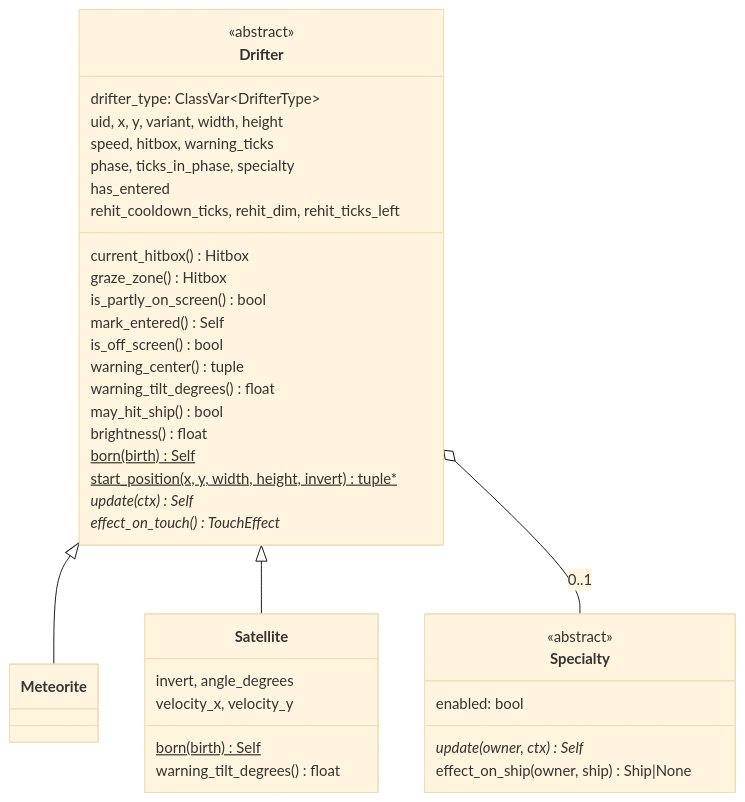
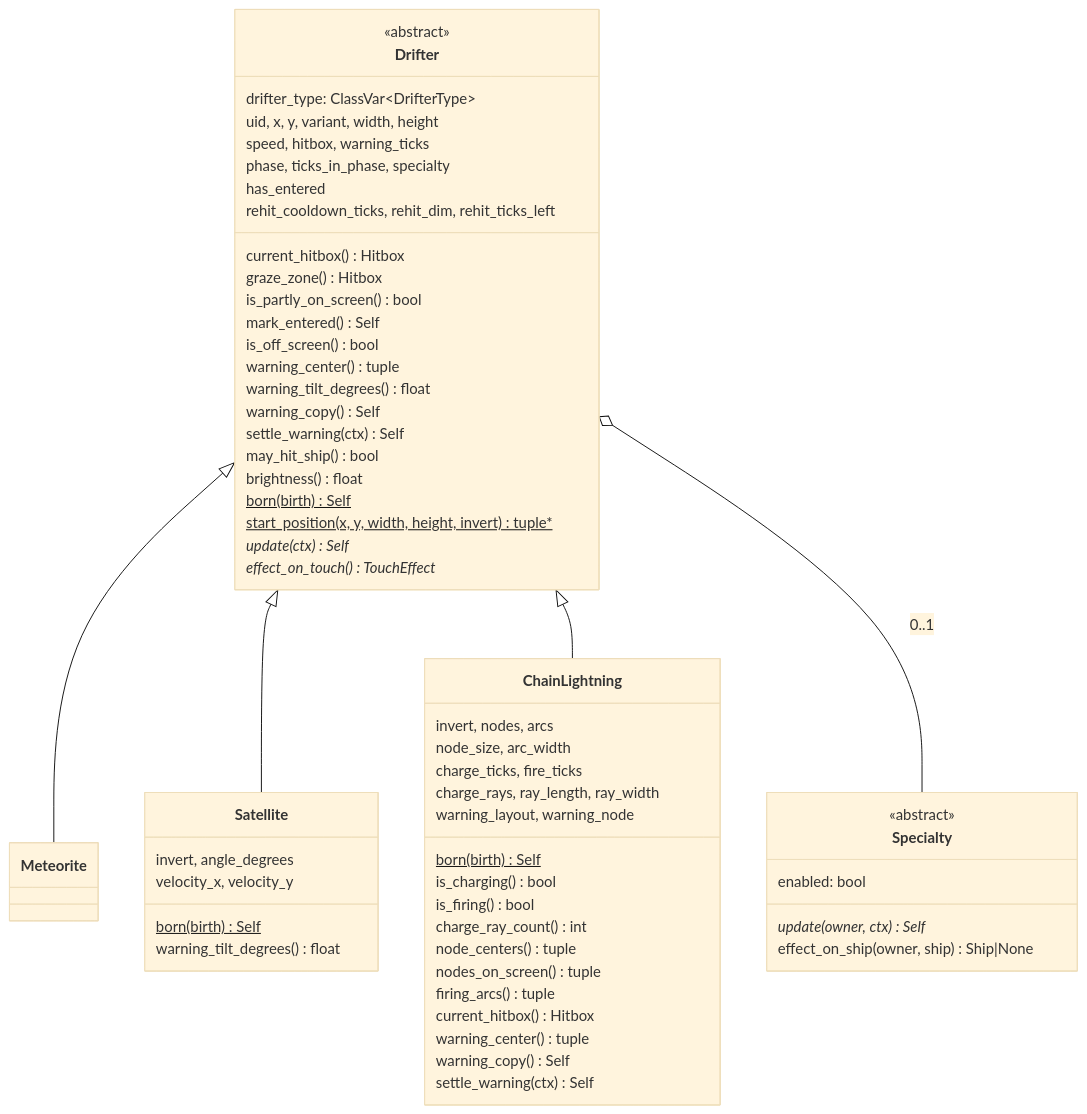
One commit to david-mntl/driftward-ace changed the first of 6 diagrams in docs/contracts/systems/drifters.md. Above: the diagram before and after it, drawn with Mermaid (base theme). The commit also changed other lines of this file and 14 other files, not shown here.

Commit message:
docs(contracts): add line shape and chain lightning specs, schemas and DRA-47 tasks

````diff
--- a/docs/contracts/systems/drifters.md
+++ b/docs/contracts/systems/drifters.md
@@ -29,41 +32,62 @@
 ```mermaid
 classDiagram
   class Drifter {
     <<abstract>>
     drifter_type: ClassVar~DrifterType~
     uid, x, y, variant, width, height
     speed, hitbox, warning_ticks
     phase, ticks_in_phase, specialty
     has_entered
     rehit_cooldown_ticks, rehit_dim, rehit_ticks_left
     current_hitbox() Hitbox
     graze_zone() Hitbox
     is_partly_on_screen() bool
     mark_entered() Self
     is_off_screen() bool
     warning_center() tuple
     warning_tilt_degrees() float
+    warning_copy() Self
+    settle_warning(ctx) Self
     may_hit_ship() bool
     brightness() float
     born(birth)$ Self
     start_position(x, y, width, height, invert)$ tuple*
     update(ctx) Self*
     effect_on_touch() TouchEffect*
   }
   class Specialty {
     <<abstract>>
     enabled: bool
     update(owner, ctx) Self*
     effect_on_ship(owner, ship) Ship|None
   }
   class Meteorite
   class Satellite {
     invert, angle_degrees
     velocity_x, velocity_y
     born(birth)$ Self
     warning_tilt_degrees() float
   }
+  class ChainLightning {
+    invert, nodes, arcs
+    node_size, arc_width
+    charge_ticks, fire_ticks
+    charge_rays, ray_length, ray_width
+    warning_layout, warning_node
+    born(birth)$ Self
+    is_charging() bool
+    is_firing() bool
+    charge_ray_count() int
+    node_centers() tuple
+    nodes_on_screen() tuple
+    firing_arcs() tuple
+    current_hitbox() Hitbox
+    warning_center() tuple
+    warning_copy() Self
+    settle_warning(ctx) Self
+  }
   Drifter <|-- Meteorite
   Drifter <|-- Satellite
+  Drifter <|-- ChainLightning
   Drifter o-- Specialty : 0..1
 ```
````
